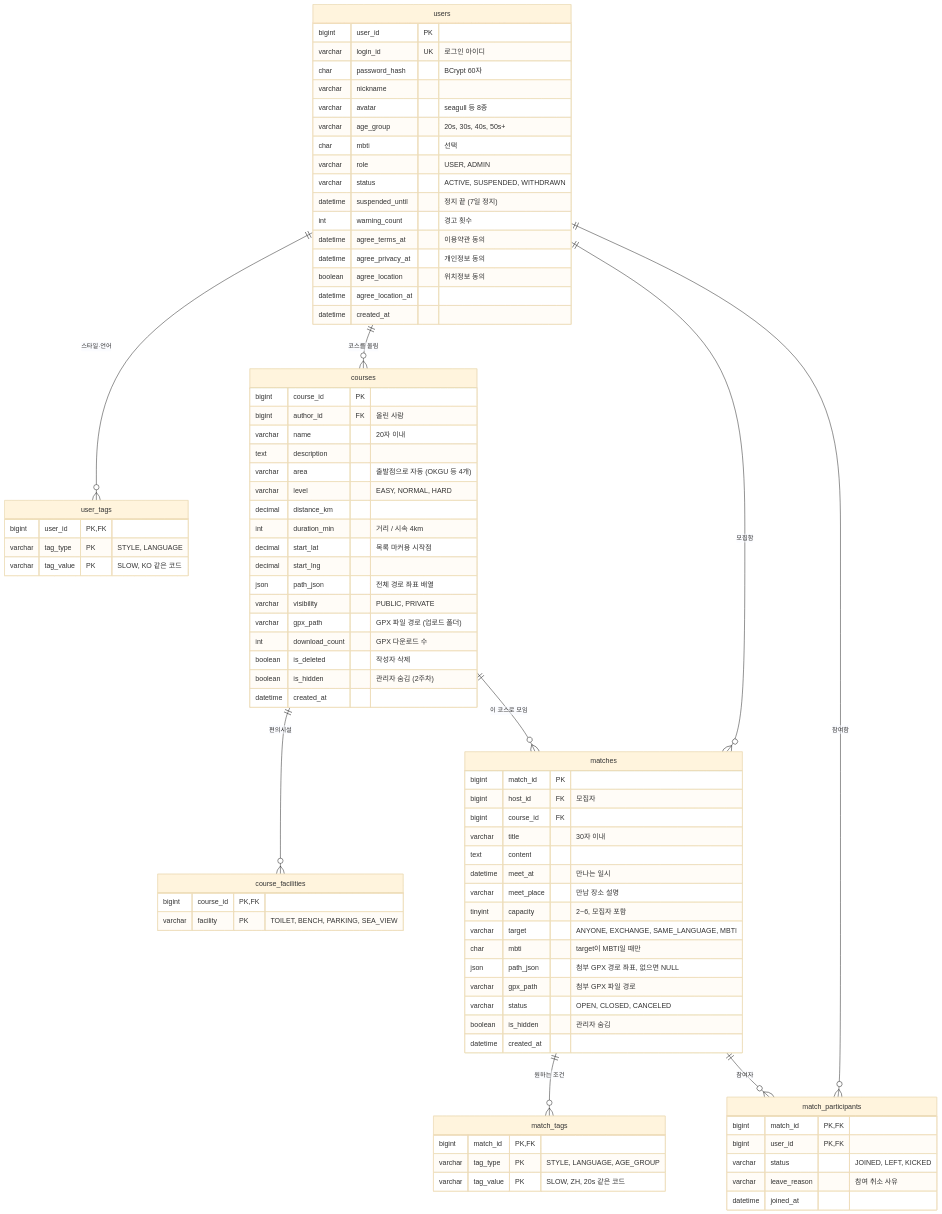
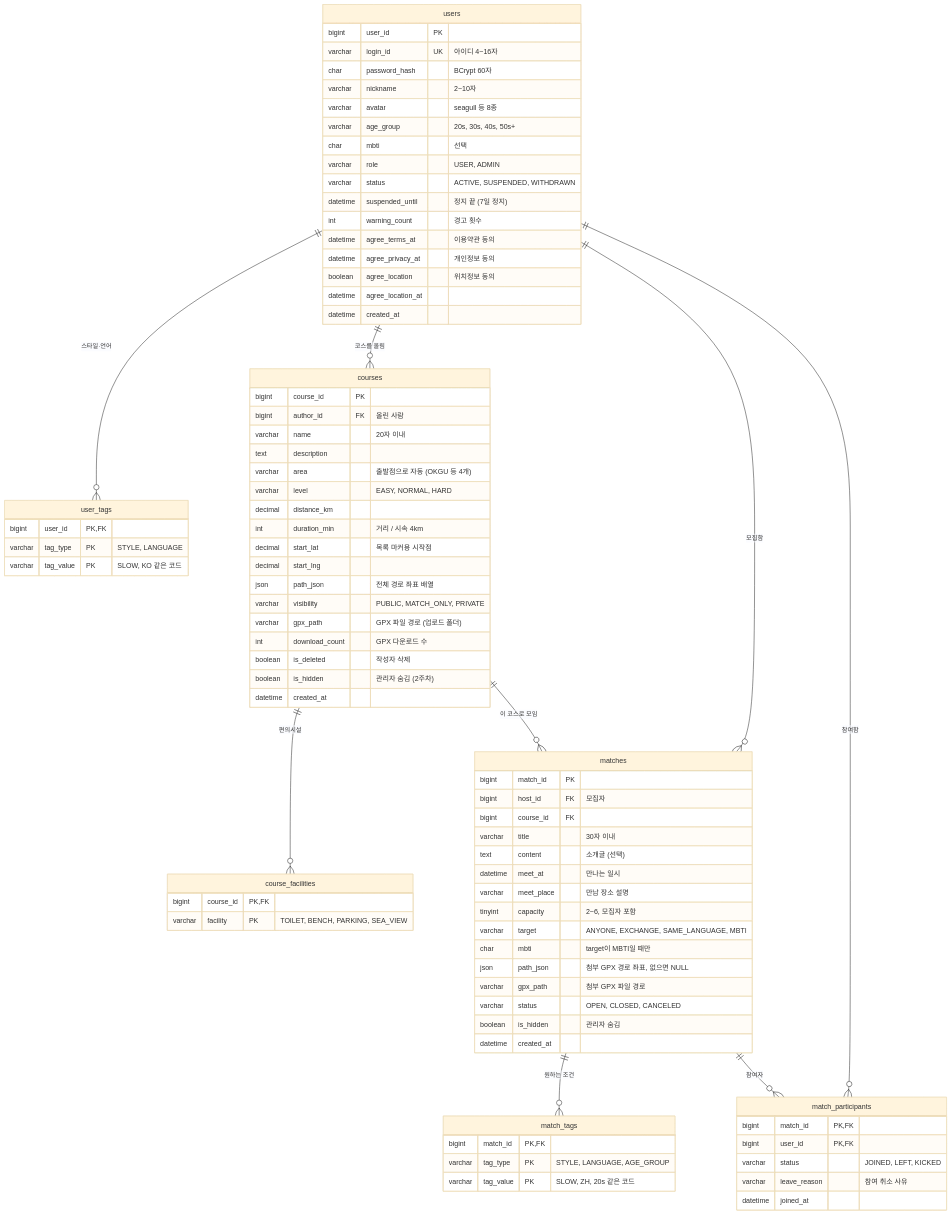
The diagram in docs/images/erd-week1.mmd (AnemoneCoronaria/Team_walk), drawn with Mermaid (base theme) before and after one commit. The commit also changed 9 other files, not shown here.

```diff
--- a/docs/images/erd-week1.mmd
+++ b/docs/images/erd-week1.mmd
@@ -1,85 +1,85 @@
 erDiagram
     users ||--o{ user_tags : "스타일·언어"
     users ||--o{ courses : "코스를 올림"
     courses ||--o{ course_facilities : "편의시설"
     users ||--o{ matches : "모집함"
     courses ||--o{ matches : "이 코스로 모임"
     matches ||--o{ match_tags : "원하는 조건"
     matches ||--o{ match_participants : "참여자"
     users ||--o{ match_participants : "참여함"
 
     users {
         bigint user_id PK
-        varchar login_id UK "로그인 아이디"
+        varchar login_id UK "아이디 4~16자"
         char password_hash "BCrypt 60자"
-        varchar nickname
+        varchar nickname "2~10자"
         varchar avatar "seagull 등 8종"
         varchar age_group "20s, 30s, 40s, 50s+"
         char mbti "선택"
         varchar role "USER, ADMIN"
         varchar status "ACTIVE, SUSPENDED, WITHDRAWN"
         datetime suspended_until "정지 끝 (7일 정지)"
         int warning_count "경고 횟수"
         datetime agree_terms_at "이용약관 동의"
         datetime agree_privacy_at "개인정보 동의"
         boolean agree_location "위치정보 동의"
         datetime agree_location_at
         datetime created_at
     }
     user_tags {
         bigint user_id PK, FK
         varchar tag_type PK "STYLE, LANGUAGE"
         varchar tag_value PK "SLOW, KO 같은 코드"
     }
     courses {
         bigint course_id PK
         bigint author_id FK "올린 사람"
         varchar name "20자 이내"
         text description
         varchar area "출발점으로 자동 (OKGU 등 4개)"
         varchar level "EASY, NORMAL, HARD"
         decimal distance_km
         int duration_min "거리 / 시속 4km"
         decimal start_lat "목록 마커용 시작점"
         decimal start_lng
         json path_json "전체 경로 좌표 배열"
-        varchar visibility "PUBLIC, PRIVATE"
+        varchar visibility "PUBLIC, MATCH_ONLY, PRIVATE"
         varchar gpx_path "GPX 파일 경로 (업로드 폴더)"
         int download_count "GPX 다운로드 수"
         boolean is_deleted "작성자 삭제"
         boolean is_hidden "관리자 숨김 (2주차)"
         datetime created_at
     }
     course_facilities {
         bigint course_id PK, FK
         varchar facility PK "TOILET, BENCH, PARKING, SEA_VIEW"
     }
     matches {
         bigint match_id PK
         bigint host_id FK "모집자"
         bigint course_id FK
         varchar title "30자 이내"
-        text content
+        text content "소개글 (선택)"
         datetime meet_at "만나는 일시"
         varchar meet_place "만남 장소 설명"
         tinyint capacity "2~6, 모집자 포함"
         varchar target "ANYONE, EXCHANGE, SAME_LANGUAGE, MBTI"
         char mbti "target이 MBTI일 때만"
         json path_json "첨부 GPX 경로 좌표, 없으면 NULL"
         varchar gpx_path "첨부 GPX 파일 경로"
         varchar status "OPEN, CLOSED, CANCELED"
         boolean is_hidden "관리자 숨김"
         datetime created_at
     }
     match_tags {
         bigint match_id PK, FK
         varchar tag_type PK "STYLE, LANGUAGE, AGE_GROUP"
         varchar tag_value PK "SLOW, ZH, 20s 같은 코드"
     }
     match_participants {
         bigint match_id PK, FK
         bigint user_id PK, FK
         varchar status "JOINED, LEFT, KICKED"
         varchar leave_reason "참여 취소 사유"
         datetime joined_at
     }
```
